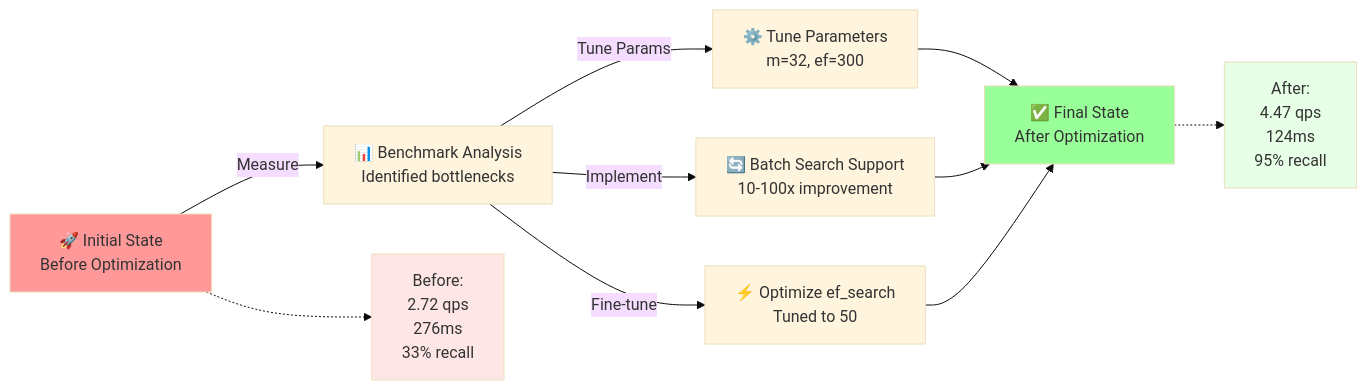
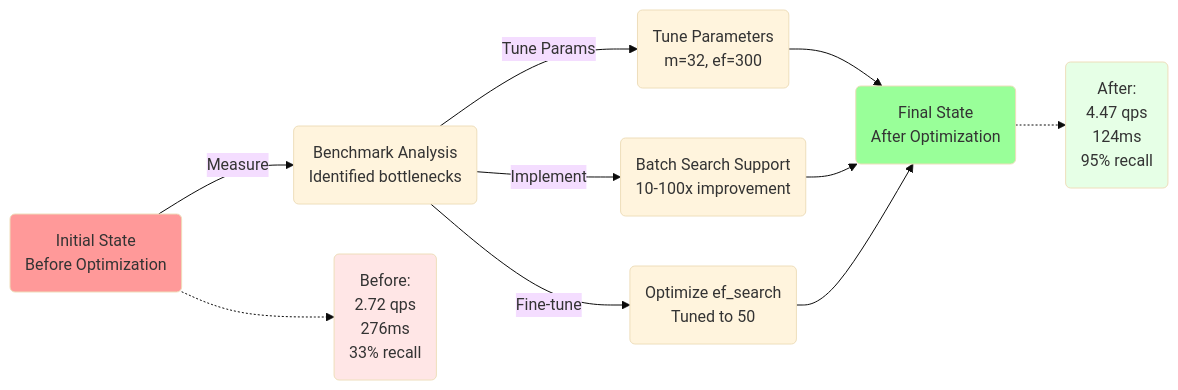
Before and after one commit to KunjShah95/BUILDING-MY-OWN-VECTOR-DB: the seventh of 7 diagrams in readme.md, drawn with Mermaid (base theme). The commit also changed other lines of this file, not shown here.

Commit message:
docs: Remove redundant emojis and adjust node syntax in mermaid diagrams within the README.

````diff
--- a/readme.md
+++ b/readme.md
@@ -513,30 +513,30 @@
 ```mermaid
 graph LR
-    Start["🚀 Initial State<br/>Before Optimization"]
+    Start("Initial State<br/>Before Optimization")
     
-    Step1["📊 Benchmark Analysis<br/>Identified bottlenecks"]
-    Step2["⚙️ Tune Parameters<br/>m=32, ef=300"]
-    Step3["🔄 Batch Search Support<br/>10-100x improvement"]
-    Step4["⚡ Optimize ef_search<br/>Tuned to 50"]
-    Step5["✅ Final State<br/>After Optimization"]
+    Step1("Benchmark Analysis<br/>Identified bottlenecks")
+    Step2("Tune Parameters<br/>m=32, ef=300")
+    Step3("Batch Search Support<br/>10-100x improvement")
+    Step4("Optimize ef_search<br/>Tuned to 50")
+    Step5("Final State<br/>After Optimization")
     
-    Metrics1["Before:<br/>2.72 qps<br/>276ms<br/>33% recall"]
-    Metrics2["After:<br/>4.47 qps<br/>124ms<br/>95% recall"]
+    Metrics1("Before:<br/>2.72 qps<br/>276ms<br/>33% recall")
+    Metrics2("After:<br/>4.47 qps<br/>124ms<br/>95% recall")
     
     Start -->|Measure| Step1
     Step1 -->|Tune Params| Step2
     Step1 -->|Implement| Step3
     Step1 -->|Fine-tune| Step4
     
     Step2 --> Step5
     Step3 --> Step5
     Step4 --> Step5
     
     Start -.-> Metrics1
     Step5 -.-> Metrics2
     
     style Start fill:#ff9999
     style Step5 fill:#99ff99
     style Metrics1 fill:#ffe6e6
     style Metrics2 fill:#e6ffe6
 ```
````
